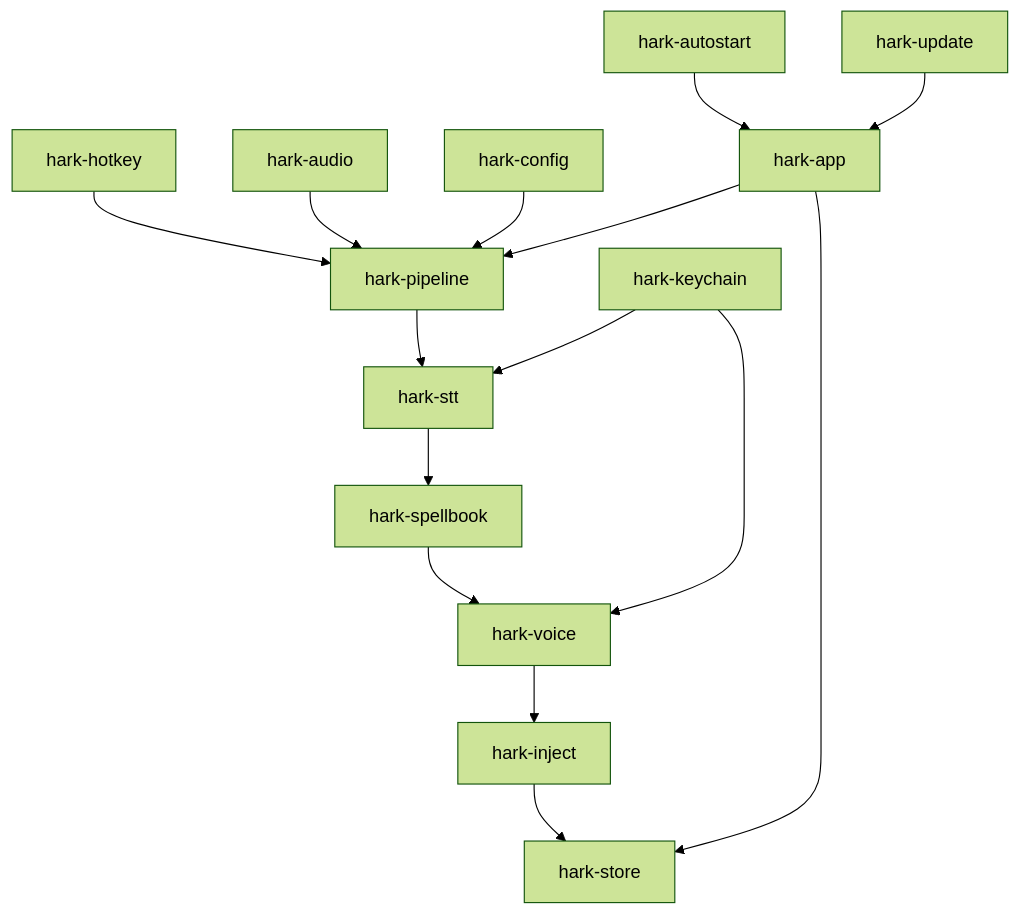
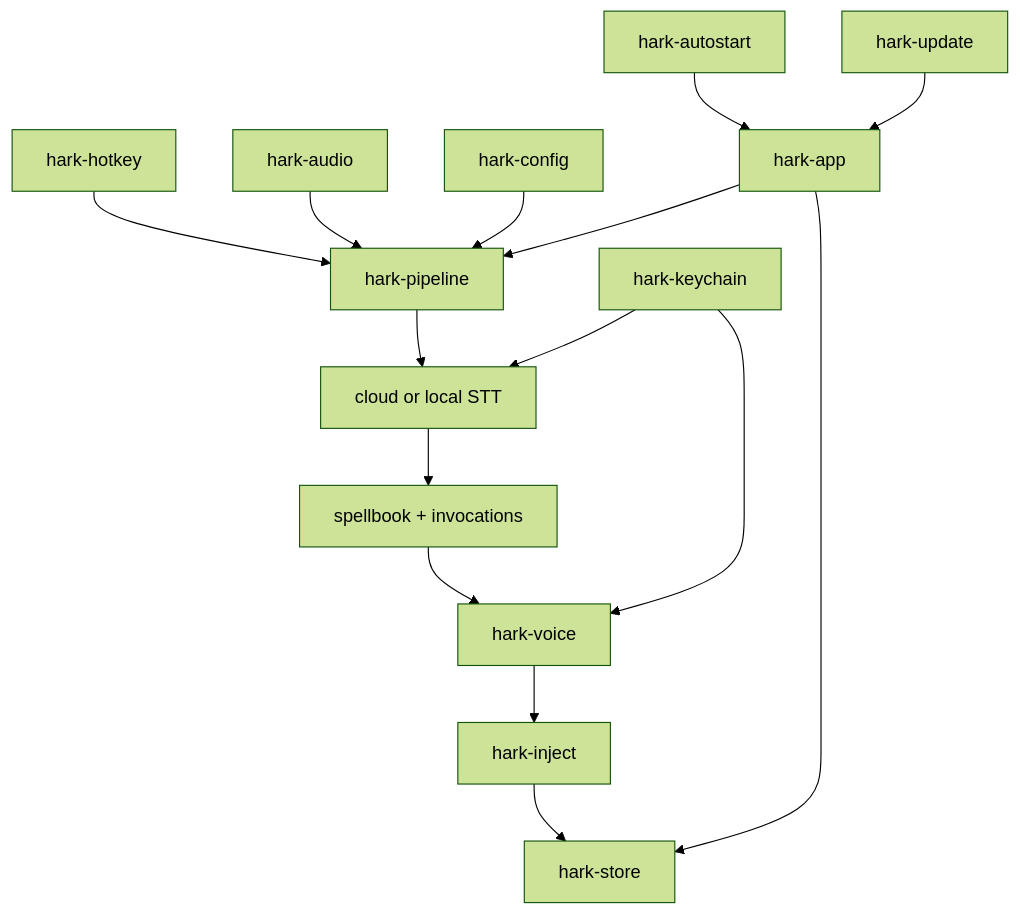
One commit to BoardPandas/Hark changed the first of 2 diagrams in Docs/OVERVIEW.md. Above: the diagram before and after it, drawn with Mermaid (forest theme). The commit also changed other lines of this file and 25 other files, not shown here.

````diff
--- a/Docs/OVERVIEW.md
+++ b/Docs/OVERVIEW.md
@@ -105,17 +101,17 @@
 ```mermaid
 graph TD
     Hotkey["hark-hotkey"] --> Pipeline["hark-pipeline"]
     Audio["hark-audio"] --> Pipeline
     Config["hark-config"] --> Pipeline
-    Pipeline --> Stt["hark-stt"]
-    Stt --> Spellbook["hark-spellbook"]
+    Pipeline --> Stt["cloud or local STT"]
+    Stt --> Spellbook["spellbook + invocations"]
     Spellbook --> Voice["hark-voice"]
     Voice --> Inject["hark-inject"]
     Inject --> Store["hark-store"]
     Keychain["hark-keychain"] --> Stt
     Keychain --> Voice
     App["hark-app"] --> Pipeline
     App --> Store
     Autostart["hark-autostart"] --> App
     Update["hark-update"] --> App
 ```
````
